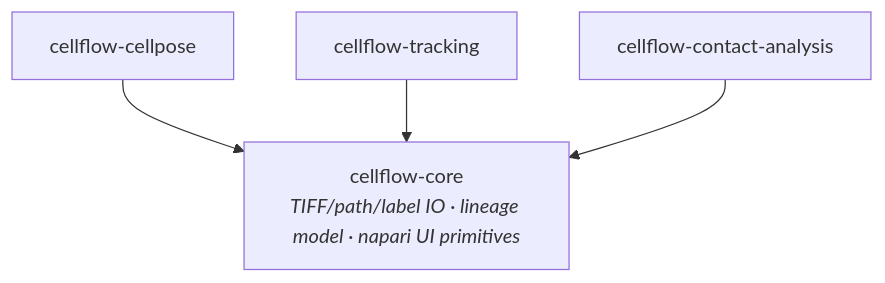
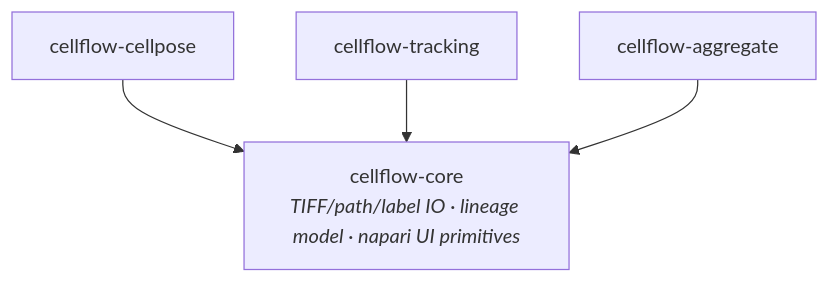
Before and after one commit to ArturRuppel/ITASC: the diagram in docs/development/architecture.md, drawn with Mermaid. The commit also changed other lines of this file and 21 other files, not shown here.

````diff
--- a/docs/development/architecture.md
+++ b/docs/development/architecture.md
@@ -13,10 +13,10 @@
 ```{mermaid}
 flowchart TD
     core["cellflow-core<br/><i>TIFF/path/label IO · lineage model · napari UI primitives</i>"]
     cp["cellflow-cellpose"]
     trk["cellflow-tracking"]
-    agg["cellflow-contact-analysis"]
+    agg["cellflow-aggregate"]
     cp --> core
     trk --> core
     agg --> core
 ```
````
